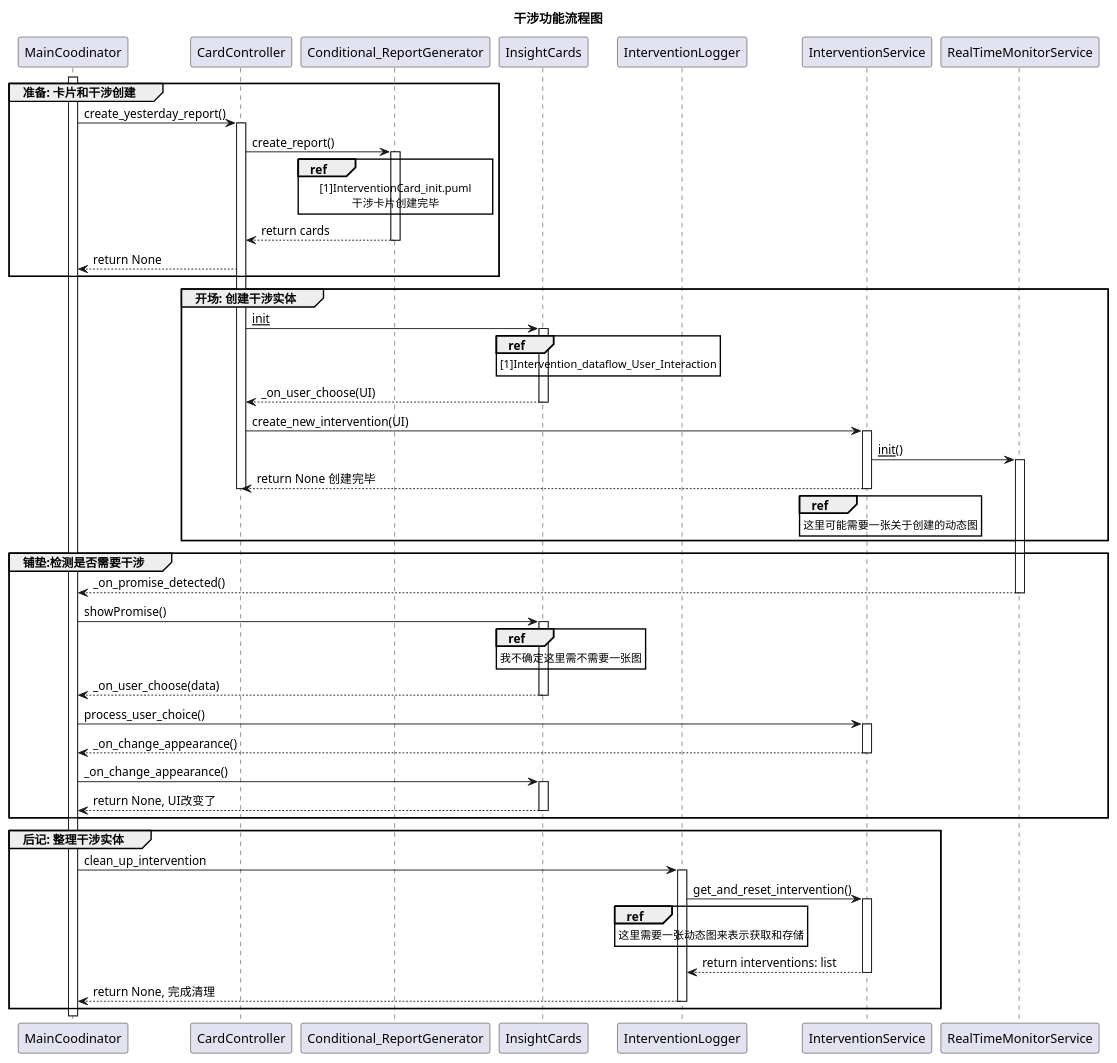
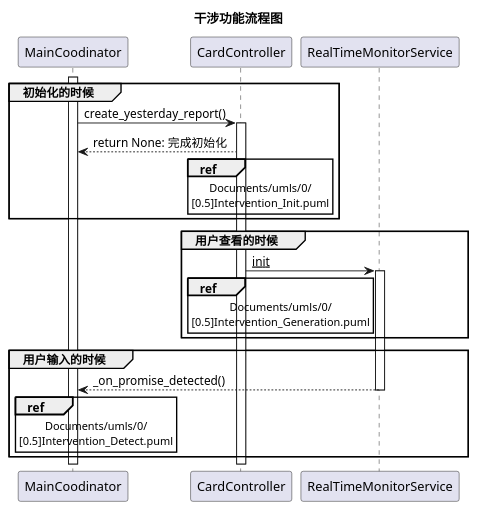
Before and after one commit to 67-68/Time-Integrator: the diagram in documents/umls/0/[0]Intervention_Overview.puml, drawn with PlantUML. The commit also changed 35 other files, not shown here.

```diff
--- a/documents/umls/0/[0]Intervention_Overview.puml
+++ b/documents/umls/0/[0]Intervention_Overview.puml
@@ -1,109 +1,52 @@
 @startuml
 ' 功能:
 ' 0. 卡片+干涉创建
 ' 1. 创建干涉实体
 ' 2. 检测是否干涉
 ' 3. 干涉操作
 
 title: 干涉功能流程图
 
 participant "MainCoodinator" as coodinator 
 participant "CardController" as controller
-participant "Conditional_ReportGenerator" as generator
-participant "InsightCards" as ui
-participant "InterventionLogger" as logger
-participant "InterventionService" as service
 participant "RealTimeMonitorService" as monitor
 
+' 一切的开始
+activate coodinator
 
-activate coodinator
-group 准备: 卡片和干涉创建
-    ' 创建报告
+group 初始化的时候
     coodinator -> controller: create_yesterday_report()
     activate controller
 
-    ' 创建干涉卡片UI
-    controller -> generator: create_report()
-    activate generator
-    
-    ref over generator
-        [1]InterventionCard_init.puml
-        干涉卡片创建完毕
-        ' Documents/umls/1/[1]InterventionCard_init.puml
+    controller --> coodinator: return None: 完成初始化
+
+    ref over controller
+        Documents/umls/0/
+        [0.5]Intervention_Init.puml
     end ref
+end group
 
-    generator --> controller: return cards
-    deactivate generator
+group 用户查看的时候
+    controller -> monitor: __init__
+    activate monitor
+    ' 做了简略化处理
+    ref over controller
+        Documents/umls/0/
+        [0.5]Intervention_Generation.puml
+    end ref 
+end group
 
-    controller --> coodinator: return None 
+group 用户输入的时候
+    monitor --> coodinator: _on_promise_detected()
+    deactivate monitor
+
+    ref over coodinator
+        Documents/umls/0/
+        [0.5]Intervention_Detect.puml
+    end ref
 end group
 
 
-group 开场: 创建干涉实体
-    controller -> ui: __init__
-    activate ui
 
-    ' 用户和UI交互
-    ref over ui: [1]Intervention_dataflow_User_Interaction
-    ' Documents/umls/1/[1]Intervention_dataflow_User_Interaction
-    
-    ui --> controller: _on_user_choose(UI)
-    deactivate ui
 
-    ' 创建干涉实体逻辑类
-    controller -> service: create_new_intervention(UI)
-    activate service
-
-    service -> monitor: __init__()
-    activate monitor
-
-    service --> controller: return None 创建完毕
-    deactivate service
-    deactivate controller
-
-    ref over service: 这里可能需要一张关于创建的动态图
-end group
-
-group 铺垫:检测是否需要干涉
-    ' 检测
-    monitor --> coodinator: _on_promise_detected()
-    deactivate monitor
-
-    coodinator -> ui: showPromise()
-    activate ui
-
-    ref over ui: 我不确定这里需不需要一张图
-
-    ' 借由Coodinator传递信息
-    ui --> coodinator: _on_user_choose(data)
-    deactivate ui
-
-    coodinator -> service: process_user_choice()
-    activate service
-
-    service --> coodinator: _on_change_appearance()
-    deactivate service
-
-    coodinator -> ui: _on_change_appearance()
-    activate ui
-    ui --> coodinator: return None, UI改变了
-    deactivate ui
-    
-end group
-
-group 后记: 整理干涉实体
-    coodinator -> logger: clean_up_intervention
-    activate logger
-
-    logger -> service: get_and_reset_intervention()
-    activate service
-
-    ref over logger: 这里需要一张动态图来表示获取和存储
-
-    service --> logger: return interventions: list
-    deactivate service
-
-    logger --> coodinator: return None, 完成清理
-    deactivate logger
-end group
 @enduml
```
